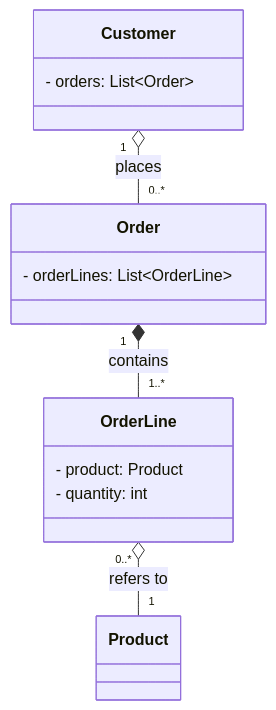
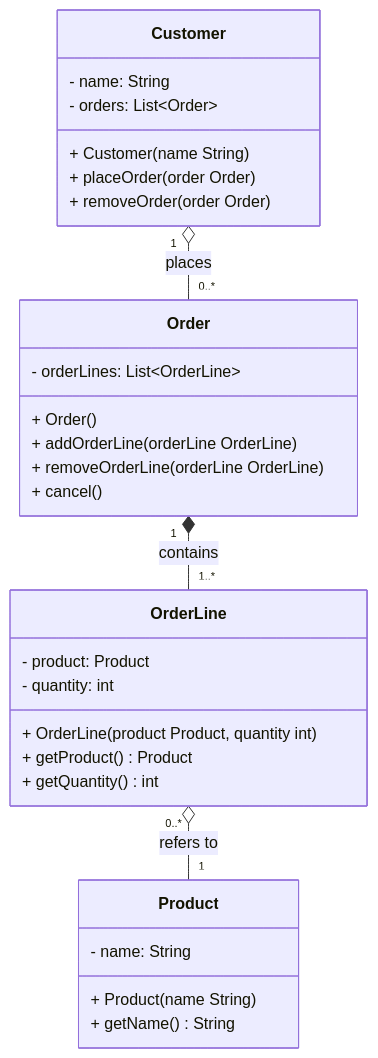
The third of 3 diagrams in Readme.md (IsaVII/Lex_7_Java_Exercise_OOP2), drawn with Mermaid before and after one commit. The commit also changed other lines of this file, not shown here.

Commit message:
Exercise 4: added method descriptions and constructors for Customer, Order, OrderLine, and Product in Readme.md

````diff
--- a/Readme.md
+++ b/Readme.md
@@ -160,19 +160,33 @@
 ```mermaid
 classDiagram
     class Customer {
+        - name: String
         - orders: List~Order~
+        + Customer(name String)
+        + placeOrder(order Order)
+        + removeOrder(order Order)
     }
     class Order {
         - orderLines: List~OrderLine~
+        + Order()
+        + addOrderLine(orderLine OrderLine)
+        + removeOrderLine(orderLine OrderLine)
+        + cancel()
     }
     class OrderLine {
         - product: Product
         - quantity: int
+        + OrderLine(product Product, quantity int)
+        + getProduct() Product
+        + getQuantity() int
     }
     class Product {
+        - name: String
+        + Product(name String)
+        + getName() String
     }
 
     Customer "1" o-- "0..*" Order : places
     Order "1" *-- "1..*" OrderLine : contains
     OrderLine "0..*" o-- "1" Product : refers to
 ```
````
